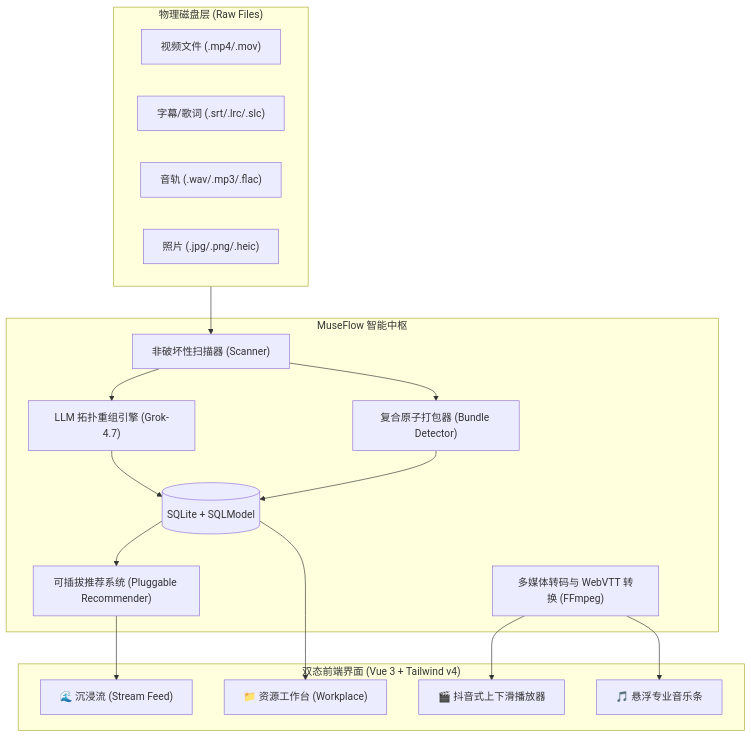
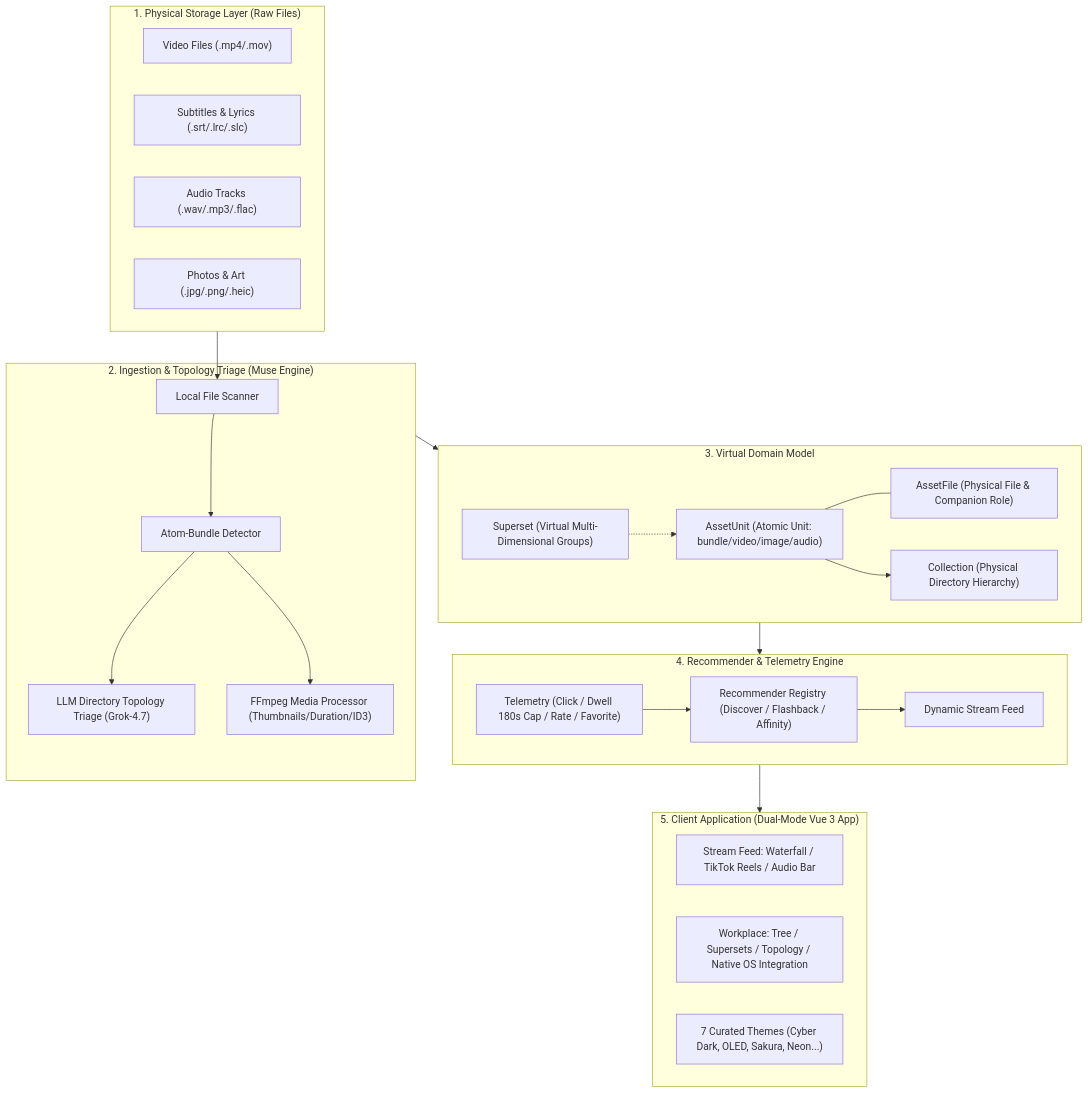
The diagram in README.md (mcocdaa/MuseFlow), drawn with Mermaid before and after one commit. The commit also changed other lines of this file and 28 other files, not shown here.

First line of the commit message:
docs(ecosystem): standardize repository layout, CI/CD, and ecosystem files to *Flow standard

````diff
--- a/README.md
+++ b/README.md
@@ -92,36 +85,50 @@
 ```mermaid
 flowchart TD
-    subgraph Storage ["物理磁盘层 (Raw Files)"]
-        F1["视频文件 (.mp4/.mov)"]
-        F2["字幕/歌词 (.srt/.lrc/.slc)"]
-        F3["音轨 (.wav/.mp3/.flac)"]
-        F4["照片 (.jpg/.png/.heic)"]
+    subgraph Storage ["1. Physical Storage Layer (Raw Files)"]
+        F1["Video Files (.mp4/.mov)"]
+        F2["Subtitles & Lyrics (.srt/.lrc/.slc)"]
+        F3["Audio Tracks (.wav/.mp3/.flac)"]
+        F4["Photos & Art (.jpg/.png/.heic)"]
     end
 
-    subgraph Core ["MuseFlow 智能中枢"]
-        SCAN["非破坏性扫描器 (Scanner)"]
-        AI["LLM 拓扑重组引擎 (Grok-4.7)"]
-        BUNDLE["复合原子打包器 (Bundle Detector)"]
-        MEDIA["多媒体转码与 WebVTT 转换 (FFmpeg)"]
-        REC["可插拔推荐系统 (Pluggable Recommender)"]
-        DB[("SQLite + SQLModel")]
+    subgraph CoreEngine ["2. Ingestion & Topology Triage (Muse Engine)"]
+        Scanner["Local File Scanner"]
+        Bundle["Atom-Bundle Detector"]
+        AITriage["LLM Directory Topology Triage (Grok-4.7)"]
+        Proc["FFmpeg Media Processor (Thumbnails/Duration/ID3)"]
+        
+        Scanner --> Bundle
+        Bundle --> AITriage
+        Bundle --> Proc
     end
 
-    subgraph UI ["双态前端界面 (Vue 3 + Tailwind v4)"]
-        FEED["🌊 沉浸流 (Stream Feed)"]
-        WORK["📁 资源工作台 (Workplace)"]
-        PLAYER["🎬 抖音式上下滑播放器"]
-        AUDIO["🎵 悬浮专业音乐条"]
+    subgraph DataLayer ["3. Virtual Domain Model"]
+        AssetUnit["AssetUnit (Atomic Unit: bundle/video/image/audio)"]
+        AssetFile["AssetFile (Physical File & Companion Role)"]
+        Collection["Collection (Physical Directory Hierarchy)"]
+        Superset["Superset (Virtual Multi-Dimensional Groups)"]
+
+        AssetUnit --- AssetFile
+        AssetUnit --> Collection
+        Superset -.-> AssetUnit
     end
 
-    Storage --> SCAN
-    SCAN --> BUNDLE
-    SCAN --> AI
-    AI --> DB
-    BUNDLE --> DB
-    DB --> REC
-    REC --> FEED
-    DB --> WORK
-    MEDIA --> PLAYER
-    MEDIA --> AUDIO
+    subgraph RecEngine ["4. Recommender & Telemetry Engine"]
+        Telemetry["Telemetry (Click / Dwell 180s Cap / Rate / Favorite)"]
+        Registry["Recommender Registry (Discover / Flashback / Affinity)"]
+        
+        Telemetry --> Registry
+        Registry --> Feed["Dynamic Stream Feed"]
+    end
+
+    subgraph UI ["5. Client Application (Dual-Mode Vue 3 App)"]
+        STREAM["Stream Feed: Waterfall / TikTok Reels / Audio Bar"]
+        WORK["Workplace: Tree / Supersets / Topology / Native OS Integration"]
+        THEMES["7 Curated Themes (Cyber Dark, OLED, Sakura, Neon...)"]
+    end
+
+    Storage --> Scanner
+    CoreEngine --> DataLayer
+    DataLayer --> RecEngine
+    RecEngine --> UI
 ```
````
